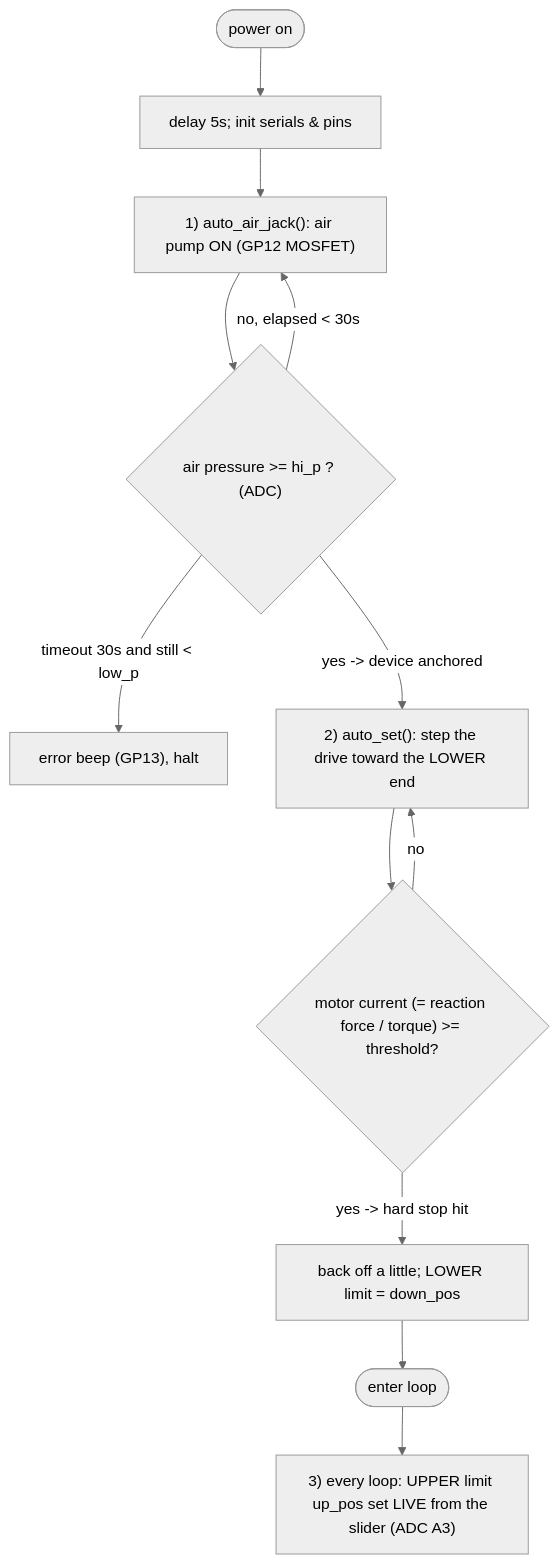
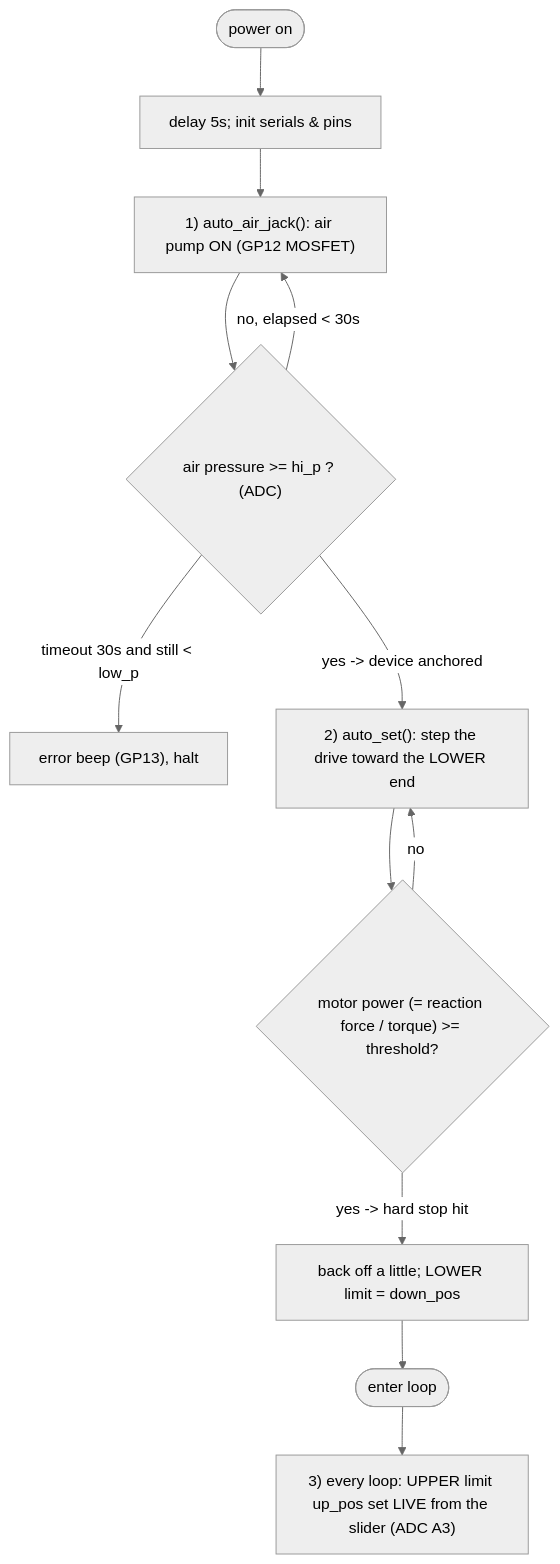
Before and after one commit to bfaaap/bfaaap_opensource: the fourth of 5 diagrams in device-pro-acoustic/firmware/DESIGN-HIGHLIGHTS.md, drawn with Mermaid (neutral theme). The commit also changed other lines of this file and 90 other files, not shown here.

````diff
--- a/device-pro-acoustic/firmware/DESIGN-HIGHLIGHTS.md
+++ b/device-pro-acoustic/firmware/DESIGN-HIGHLIGHTS.md
@@ -84,14 +84,14 @@
 ```mermaid
 flowchart TD
     A([power on]) --> B["delay 5s; init serials & pins"]
     B --> C["1) auto_air_jack(): air pump ON (GP12 MOSFET)"]
     C --> D{"air pressure >= hi_p ? (ADC)"}
     D -->|"no, elapsed < 30s"| C
     D -->|"timeout 30s and still < low_p"| E["error beep (GP13), halt"]
     D -->|"yes -> device anchored"| F["2) auto_set(): step the drive toward the LOWER end"]
-    F --> G{"motor current (= reaction force / torque) >= threshold?"}
+    F --> G{"motor power (= reaction force / torque) >= threshold?"}
     G -->|no| F
     G -->|"yes -> hard stop hit"| H["back off a little; LOWER limit = down_pos"]
     H --> I([enter loop])
     I --> J["3) every loop: UPPER limit up_pos set LIVE from the slider (ADC A3)"]
 ```
````
